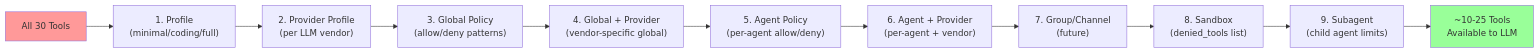
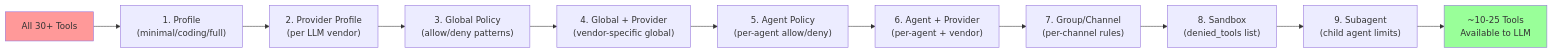
The third of 6 diagrams in docs/agents/echomind-agent-architecture.md (gen-mind/echo-mind), drawn with Mermaid before and after one commit. The commit also changed other lines of this file, not shown here.

````diff
--- a/docs/agents/echomind-agent-architecture.md
+++ b/docs/agents/echomind-agent-architecture.md
@@ -84,16 +171,16 @@
 ```mermaid
 graph LR
-    All["All 30 Tools"] --> L1
+    All["All 30+ Tools"] --> L1
     L1["1. Profile<br/>(minimal/coding/full)"] --> L2
     L2["2. Provider Profile<br/>(per LLM vendor)"] --> L3
     L3["3. Global Policy<br/>(allow/deny patterns)"] --> L4
     L4["4. Global + Provider<br/>(vendor-specific global)"] --> L5
     L5["5. Agent Policy<br/>(per-agent allow/deny)"] --> L6
     L6["6. Agent + Provider<br/>(per-agent + vendor)"] --> L7
-    L7["7. Group/Channel<br/>(future)"] --> L8
+    L7["7. Group/Channel<br/>(per-channel rules)"] --> L8
     L8["8. Sandbox<br/>(denied_tools list)"] --> L9
     L9["9. Subagent<br/>(child agent limits)"] --> Final["~10-25 Tools<br/>Available to LLM"]
 
     style All fill:#ff9999
     style Final fill:#99ff99
 ```
````
